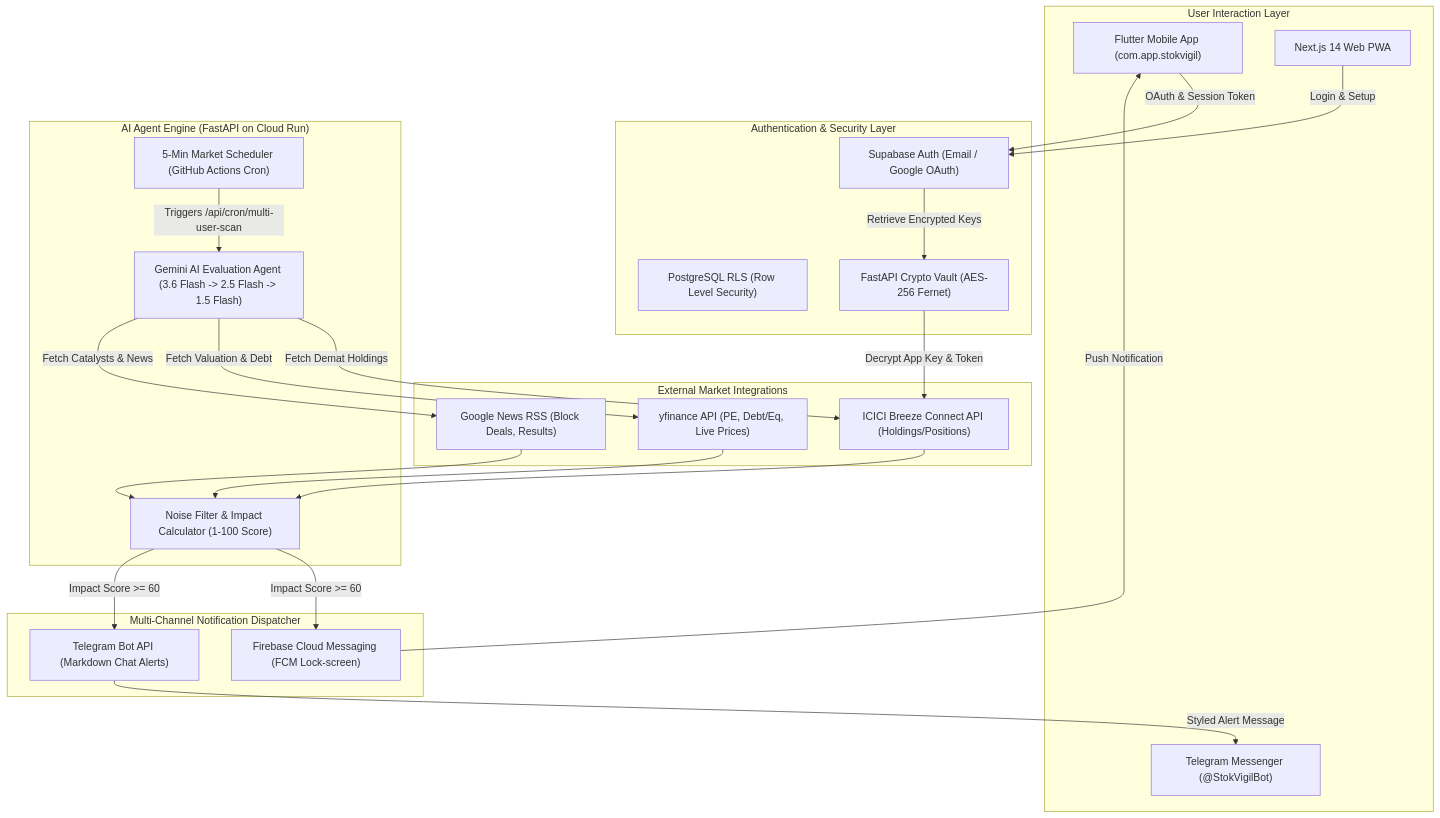
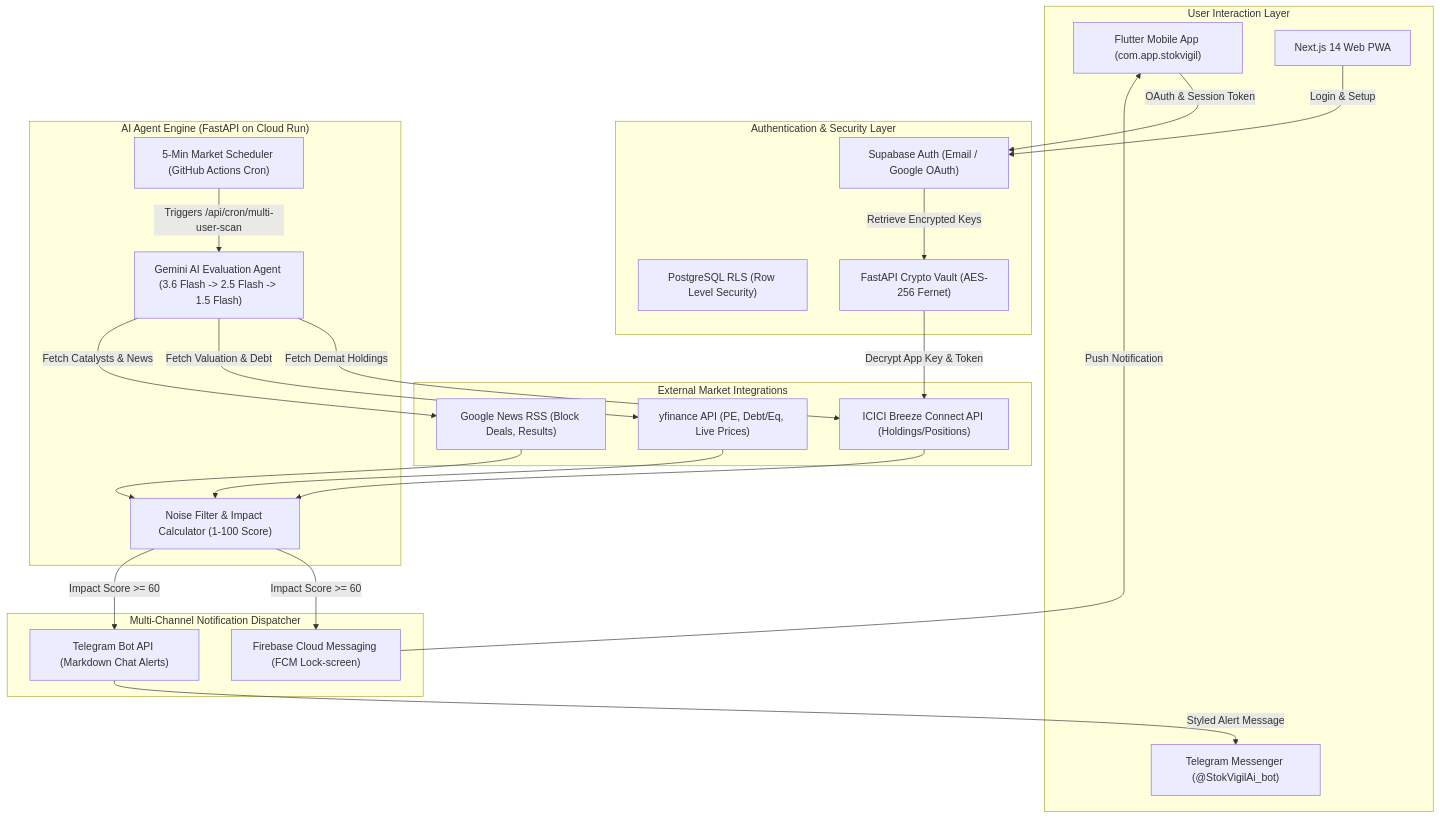
The diagram in architecture_blueprint.md (cvnbtech/stokvigil-ai), drawn with Mermaid before and after one commit. The commit also changed other lines of this file and 4 other files, not shown here.

Commit message:
feat(telegram): configure official bot username StokVigilAi_bot across app and web portal

````diff
--- a/architecture_blueprint.md
+++ b/architecture_blueprint.md
@@ -18,44 +18,44 @@
 ```mermaid
 flowchart TD
     subgraph Clients["User Interaction Layer"]
         A1["Flutter Mobile App (com.app.stokvigil)"]
         A2["Next.js 14 Web PWA"]
-        A3["Telegram Messenger (@StokVigilBot)"]
+        A3["Telegram Messenger (@StokVigilAi_bot)"]
     end
 
     subgraph AuthVault["Authentication & Security Layer"]
         B1["Supabase Auth (Email / Google OAuth)"]
         B2["PostgreSQL RLS (Row Level Security)"]
         B3["FastAPI Crypto Vault (AES-256 Fernet)"]
     end
 
     subgraph DataIntegrations["External Market Integrations"]
         C1["ICICI Breeze Connect API (Holdings/Positions)"]
         C2["yfinance API (PE, Debt/Eq, Live Prices)"]
         C3["Google News RSS (Block Deals, Results)"]
     end
 
     subgraph Engine["AI Agent Engine (FastAPI on Cloud Run)"]
         D1["5-Min Market Scheduler (GitHub Actions Cron)"]
         D2["Gemini AI Evaluation Agent (3.6 Flash -> 2.5 Flash -> 1.5 Flash)"]
         D3["Noise Filter & Impact Calculator (1-100 Score)"]
     end
 
     subgraph Dispatch["Multi-Channel Notification Dispatcher"]
         E1["Firebase Cloud Messaging (FCM Lock-screen)"]
         E2["Telegram Bot API (Markdown Chat Alerts)"]
     end
 
     A1 -->|OAuth & Session Token| B1
     A2 -->|Login & Setup| B1
     B1 -->|Retrieve Encrypted Keys| B3
     D1 -->|Triggers /api/cron/multi-user-scan| D2
     B3 -->|Decrypt App Key & Token| C1
     D2 -->|Fetch Demat Holdings| C1
     D2 -->|Fetch Valuation & Debt| C2
     D2 -->|Fetch Catalysts & News| C3
     C1 & C2 & C3 --> D3
     D3 -->|Impact Score >= 60| E1 & E2
     E1 -->|Push Notification| A1
     E2 -->|Styled Alert Message| A3
 ```
````
